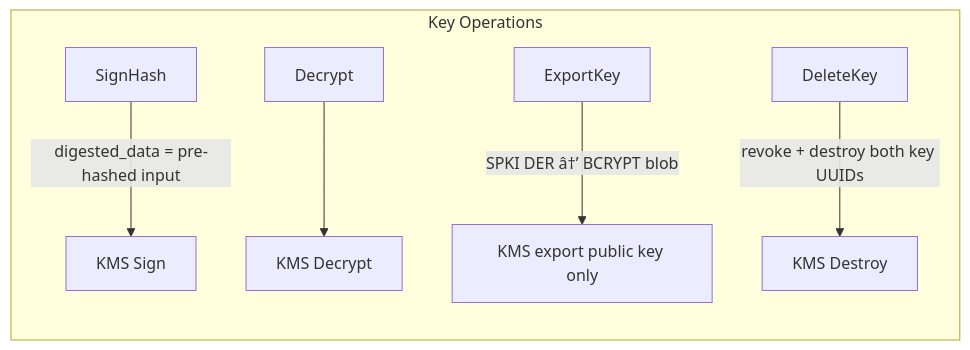
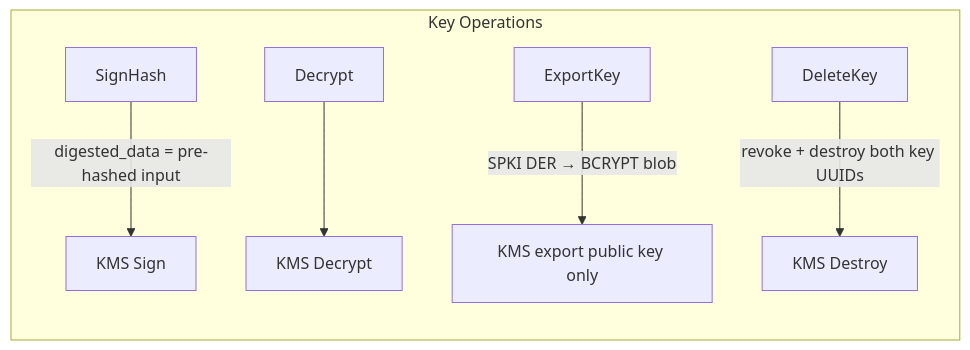
The fifth of 7 diagrams in documentation/docs/integrations/cloud_providers/microsoft/windows_cng_ksp.md (Cosmian/kms), drawn with Mermaid before and after one commit. The commit also changed other lines of this file, not shown here.

````diff
--- a/documentation/docs/integrations/cloud_providers/microsoft/windows_cng_ksp.md
+++ b/documentation/docs/integrations/cloud_providers/microsoft/windows_cng_ksp.md
@@ -172,9 +172,9 @@
 ```mermaid
 flowchart LR
     subgraph Key Operations
         G[SignHash] -->|digested_data = pre-hashed input| H[KMS Sign]
         I[Decrypt] --> J[KMS Decrypt]
-        K[ExportKey] -->|SPKI DER â†’ BCRYPT blob| L[KMS export public key only]
+        K[ExportKey] -->|SPKI DER → BCRYPT blob| L[KMS export public key only]
         M[DeleteKey] -->|revoke + destroy both key UUIDs| N[KMS Destroy]
     end
 ```
````
